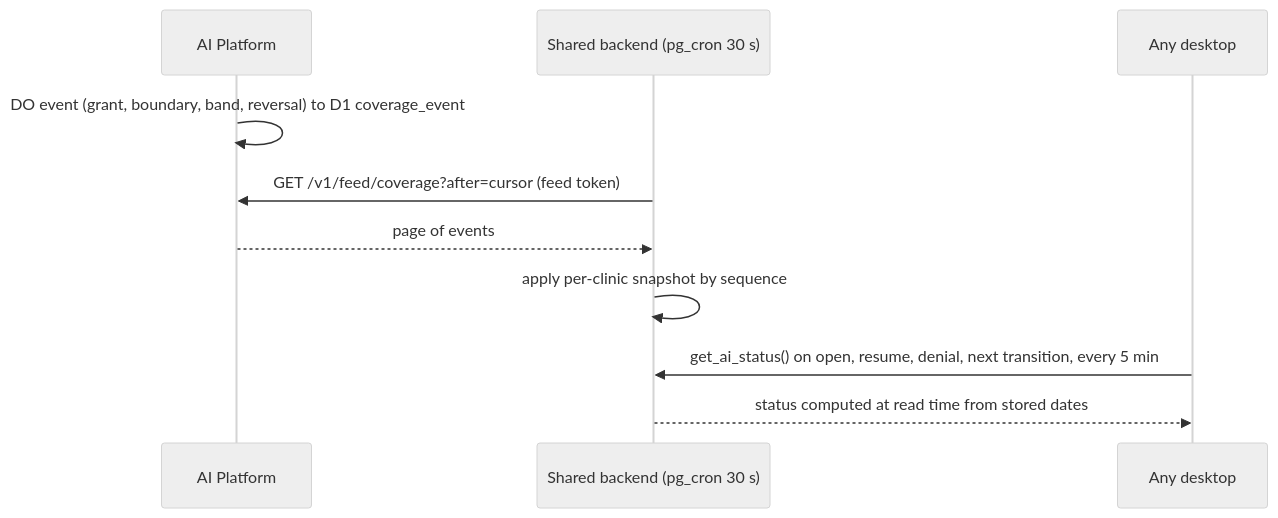
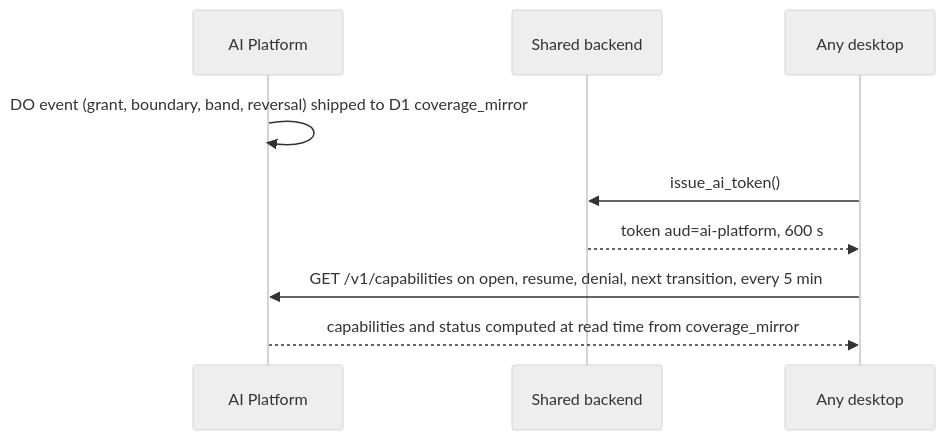
Before and after one commit to haythamosama95/AiClinic: the second of 2 diagrams in docs/architecture/ai-billing-orchestration/02-abo-architecture-and-threat-model.md, drawn with Mermaid (neutral theme). The commit also changed other lines of this file and 5 other files, not shown here.

````diff
--- a/docs/architecture/ai-billing-orchestration/02-abo-architecture-and-threat-model.md
+++ b/docs/architecture/ai-billing-orchestration/02-abo-architecture-and-threat-model.md
@@ -123,12 +478,11 @@
 ```mermaid
 sequenceDiagram
   participant G as AI Platform
-  participant B as Shared backend (pg_cron 30 s)
+  participant B as Shared backend
   participant S as Any desktop
-  G->>G: DO event (grant, boundary, band, reversal) to D1 coverage_event
-  B->>G: GET /v1/feed/coverage?after=cursor (feed token)
-  G-->>B: page of events
-  B->>B: apply per-clinic snapshot by sequence
-  S->>B: get_ai_status() on open, resume, denial, next transition, every 5 min
-  B-->>S: status computed at read time from stored dates
+  G->>G: DO event (grant, boundary, band, reversal) shipped to D1 coverage_mirror
+  S->>B: issue_ai_token()
+  B-->>S: token aud=ai-platform, 600 s
+  S->>G: GET /v1/capabilities on open, resume, denial, next transition, every 5 min
+  G-->>S: capabilities and status computed at read time from coverage_mirror
 ```
````
